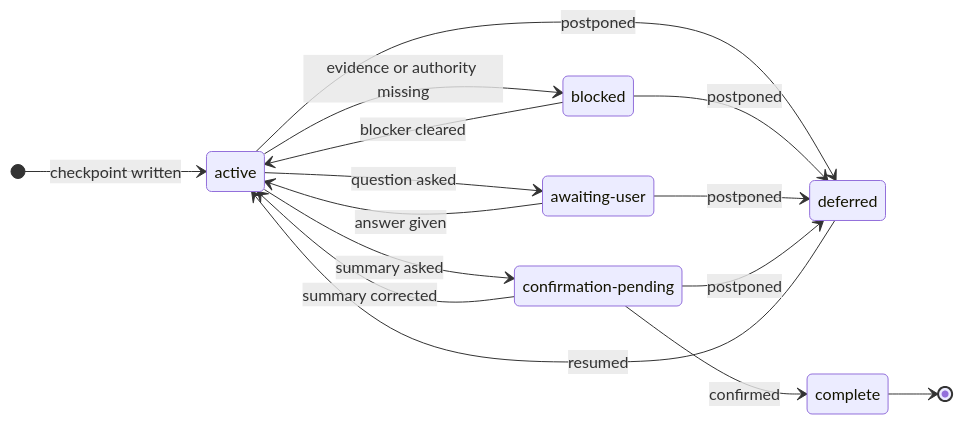
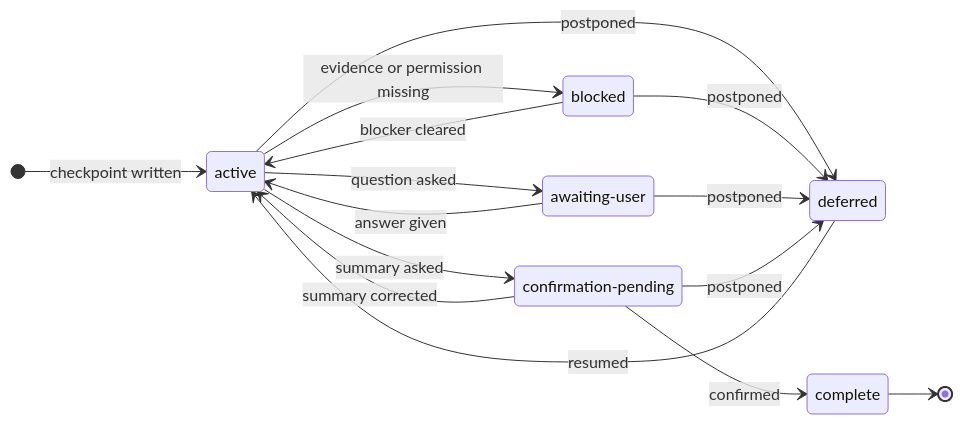
One commit to fam-tung-lam/ptlam-agent-plugin changed the diagram in skills/ptlam-grilling/references/grilling-session-schema.md. Above: the diagram before and after it, drawn with Mermaid. The commit also changed other lines of this file and 1734 other files, not shown here.

````diff
--- a/skills/ptlam-grilling/references/grilling-session-schema.md
+++ b/skills/ptlam-grilling/references/grilling-session-schema.md
@@ -97,26 +93,26 @@
 ```mermaid
 stateDiagram-v2
     direction LR
 
     state "active" as Active
     state "awaiting-user" as AwaitingUser
     state "confirmation-pending" as ConfirmationPending
     state "blocked" as Blocked
     state "deferred" as Deferred
     state "complete" as Complete
 
     [*] --> Active : checkpoint written
     Active --> AwaitingUser : question asked
     AwaitingUser --> Active : answer given
-    Active --> Blocked : evidence or authority missing
+    Active --> Blocked : evidence or permission missing
     Blocked --> Active : blocker cleared
     Active --> Deferred : postponed
     Blocked --> Deferred : postponed
     Active --> ConfirmationPending : summary asked
     ConfirmationPending --> Active : summary corrected
     AwaitingUser --> Deferred : postponed
     ConfirmationPending --> Deferred : postponed
     Deferred --> Active : resumed
     ConfirmationPending --> Complete : confirmed
     Complete --> [*]
 ```
````
